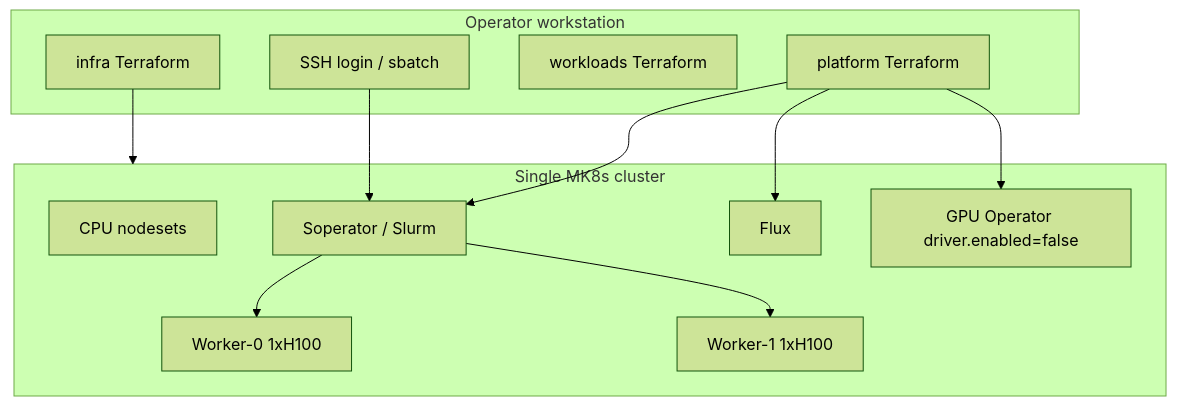
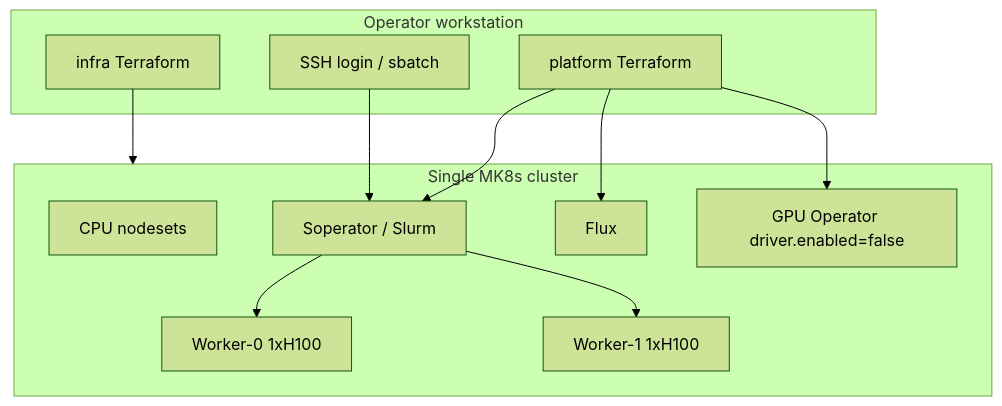
The first of 2 diagrams in docs/architecture.md (fabiogomezdiaz/nebius-demo-day), drawn with Mermaid (forest theme) before and after one commit. The commit also changed other lines of this file and 9 other files, not shown here.

````diff
--- a/docs/architecture.md
+++ b/docs/architecture.md
@@ -7,26 +7,25 @@
 ```mermaid
 flowchart TB
   subgraph workstation [Operator workstation]
     TF[infra Terraform]
     PL[platform Terraform]
-    WL[workloads Terraform]
     SSH[SSH login / sbatch]
   end
 
   subgraph mk8s [Single MK8s cluster]
     SYS[CPU nodesets]
     SOP[Soperator / Slurm]
     FLUX[Flux]
     GOP[GPU Operator driver.enabled=false]
     W0[Worker-0 1xH100]
     W1[Worker-1 1xH100]
   end
 
   TF --> mk8s
   PL --> FLUX
   PL --> SOP
   PL --> GOP
   SSH --> SOP
   SOP --> W0
   SOP --> W1
 ```
````
